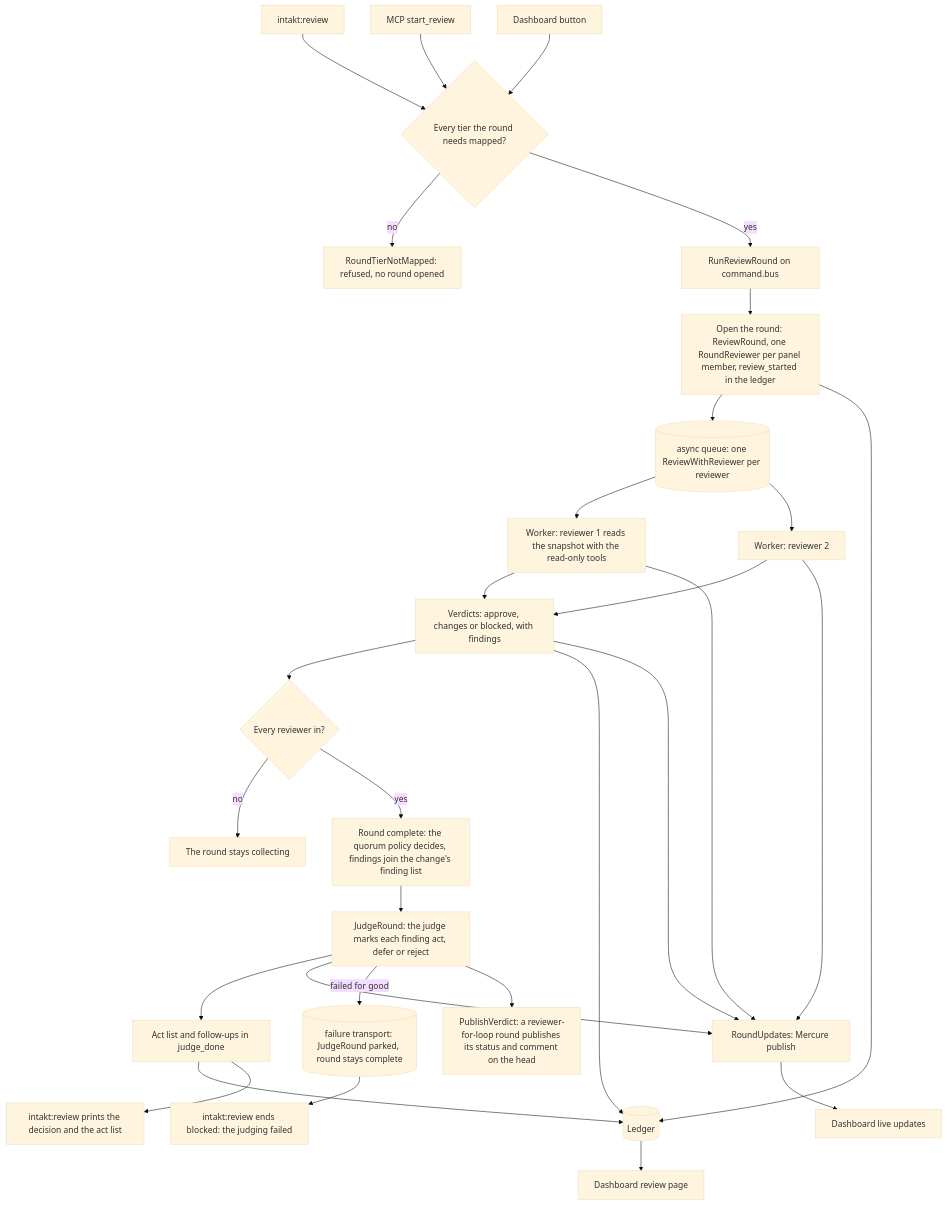
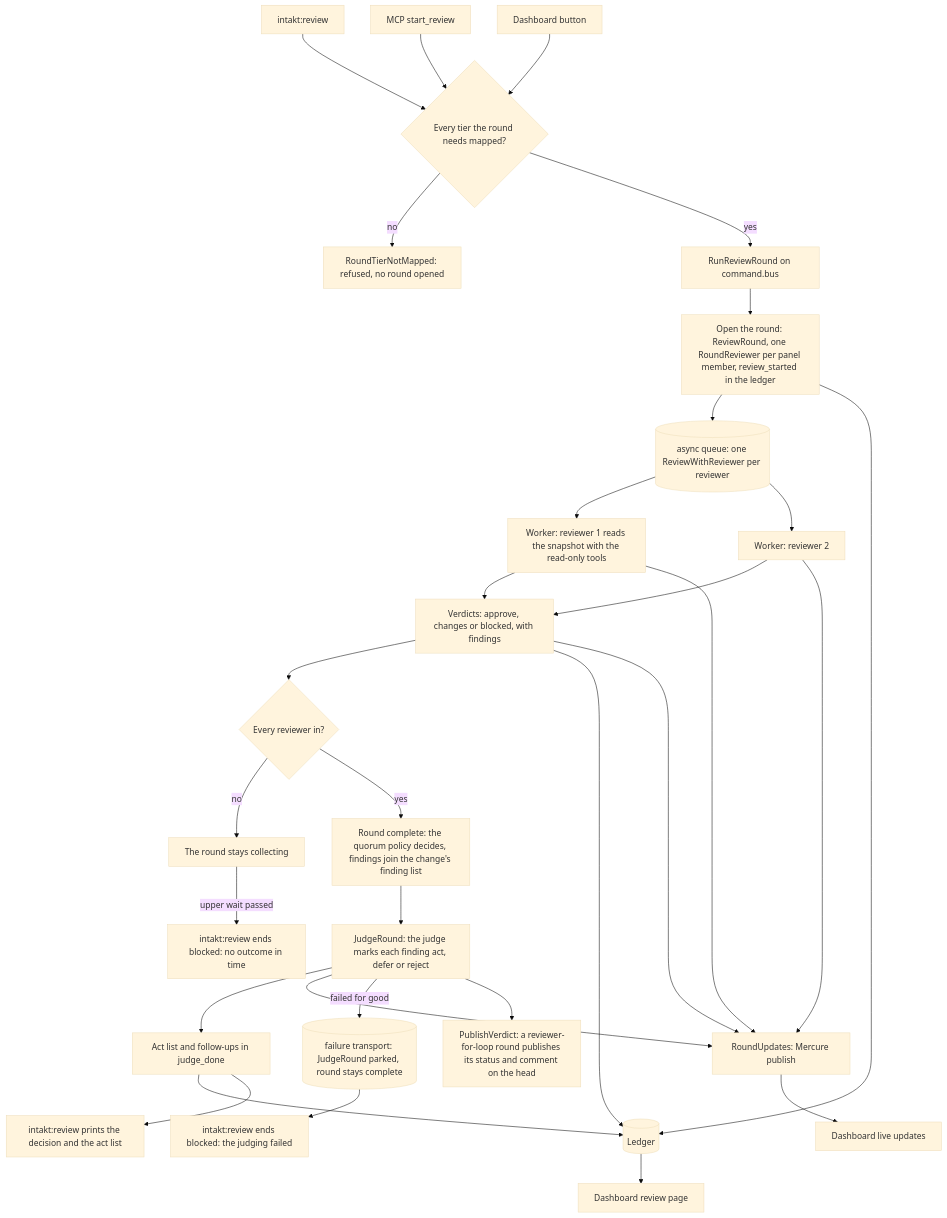
The diagram in docs/architecture/review-flow.md (shinyredapples/intakt), drawn with Mermaid (base theme) before and after one commit. The commit also changed other lines of this file and 2 other files, not shown here.

Commit message:
docs(review): describe the upper wait and the reason no outcome in time

````diff
--- a/docs/architecture/review-flow.md
+++ b/docs/architecture/review-flow.md
@@ -5,31 +5,32 @@
 ```mermaid
 flowchart TD
     cli["intakt:review"] --> start
     mcp["MCP start_review"] --> start
     btn["Dashboard button"] --> start
     start{"Every tier the round needs mapped?"} -->|no| refused["RoundTierNotMapped: refused, no round opened"]
     start -->|yes| run["RunReviewRound on command.bus"] --> open["Open the round: ReviewRound, one RoundReviewer per panel member, review_started in the ledger"]
     open --> queue[("async queue: one ReviewWithReviewer per reviewer")]
     queue --> w1["Worker: reviewer 1 reads the snapshot with the read-only tools"]
     queue --> w2["Worker: reviewer 2"]
     w1 --> verdicts["Verdicts: approve, changes or blocked, with findings"]
     w2 --> verdicts
     verdicts --> complete{"Every reviewer in?"}
     complete -->|no| wait["The round stays collecting"]
     complete -->|yes| quorum["Round complete: the quorum policy decides, findings join the change's finding list"]
     quorum --> judge["JudgeRound: the judge marks each finding act, defer or reject"]
     judge --> act["Act list and follow-ups in judge_done"]
     act --> ledger[("Ledger")]
     open --> ledger
     verdicts --> ledger
     ledger --> dash["Dashboard review page"]
     w1 --> updates["RoundUpdates: Mercure publish"]
     w2 --> updates
     verdicts --> updates
     judge --> updates
     updates --> live["Dashboard live updates"]
     act --> out["intakt:review prints the decision and the act list"]
     judge -->|failed for good| failed[("failure transport: JudgeRound parked, round stays complete")]
     failed --> outFailed["intakt:review ends blocked: the judging failed"]
+    wait -->|upper wait passed| outLate["intakt:review ends blocked: no outcome in time"]
     judge --> publish["PublishVerdict: a reviewer-for-loop round publishes its status and comment on the head"]
 ```
````
